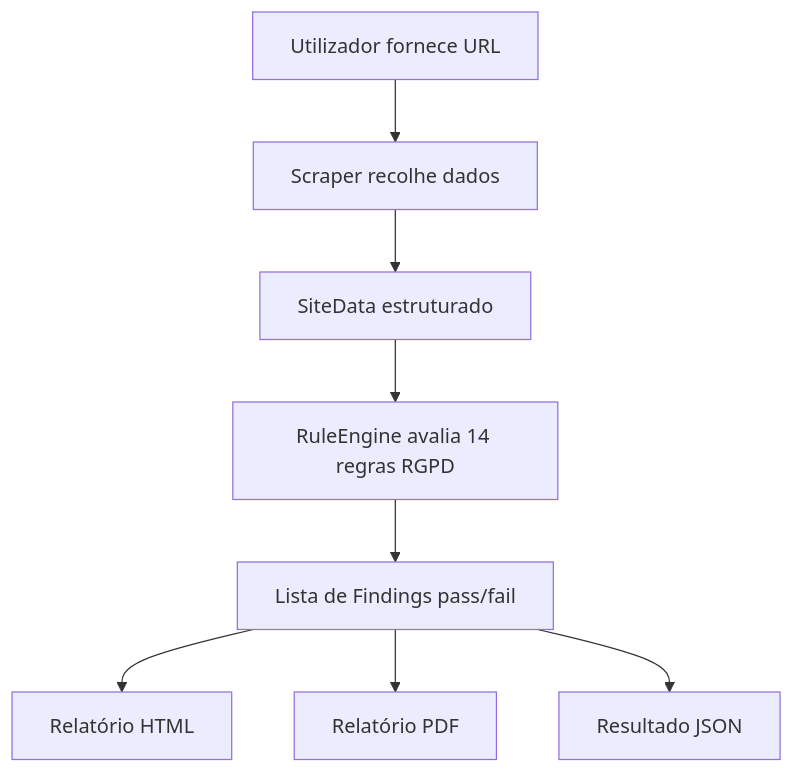
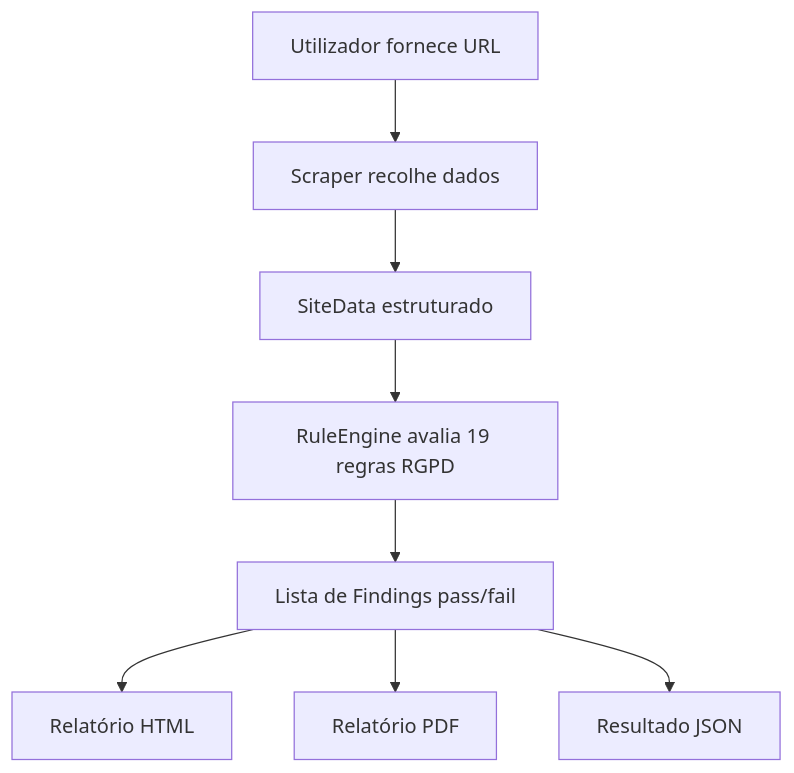
The diagram in README.md (diogoandreduarte/vigilantia-test), drawn with Mermaid before and after one commit. The commit also changed other lines of this file and 9 other files, not shown here.

````diff
--- a/README.md
+++ b/README.md
@@ -79,10 +83,10 @@
 ```mermaid
 flowchart TD
     A[Utilizador fornece URL] --> B[Scraper recolhe dados]
     B --> C[SiteData estruturado]
-    C --> D[RuleEngine avalia 14 regras RGPD]
+    C --> D[RuleEngine avalia 19 regras RGPD]
     D --> E[Lista de Findings pass/fail]
     E --> F1[Relatório HTML]
     E --> F2[Relatório PDF]
     E --> F3[Resultado JSON]
 ```
````
